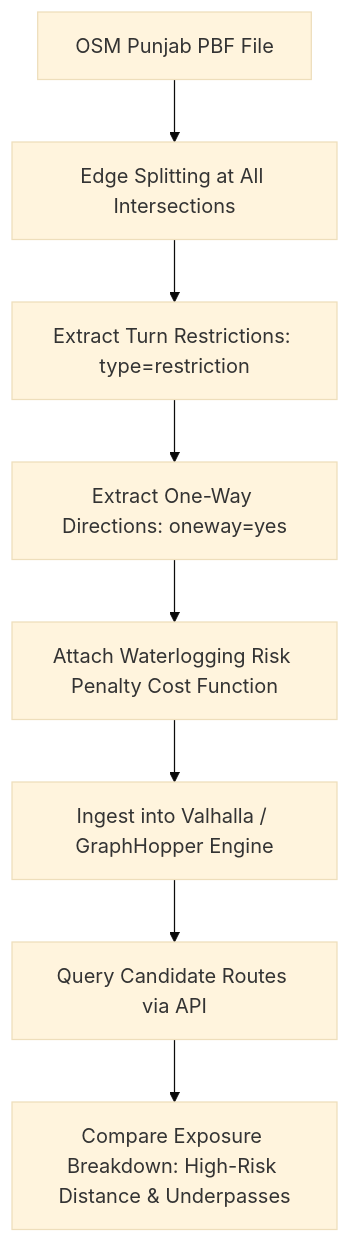
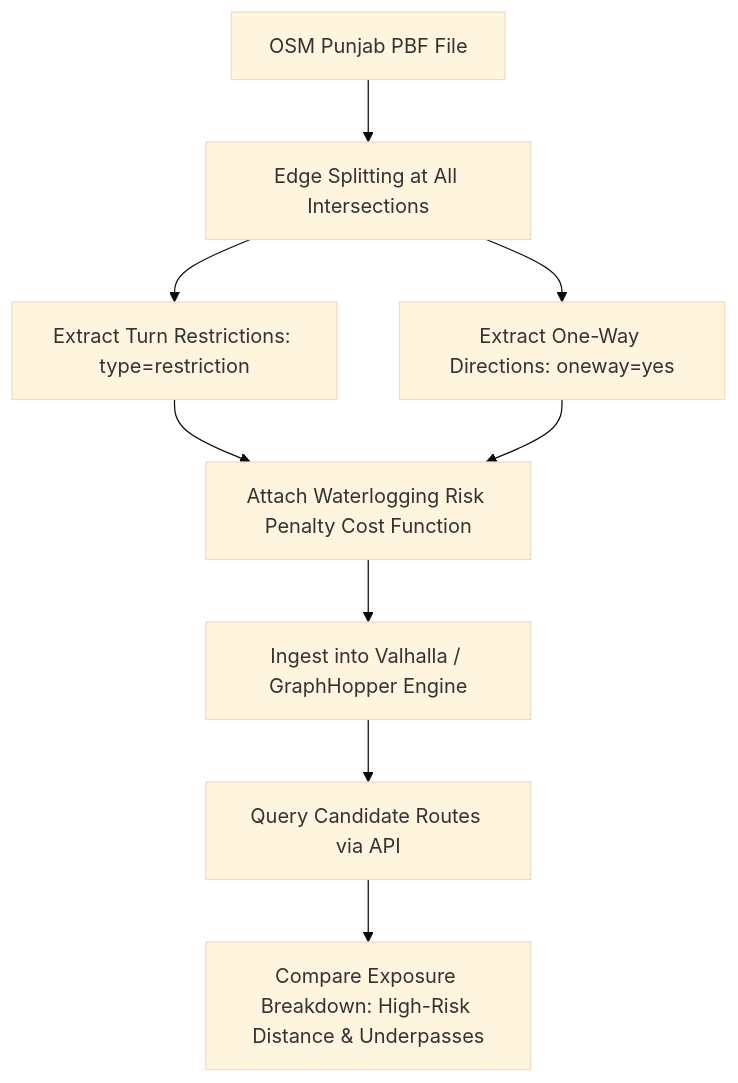
The diagram in docs/ROAD_NETWORK_PREPARATION.md (sakshamgupta005/NEXSTORM), drawn with Mermaid (base theme) before and after one commit. The commit also changed other lines of this file and 24 other files, not shown here.

````diff
--- a/docs/ROAD_NETWORK_PREPARATION.md
+++ b/docs/ROAD_NETWORK_PREPARATION.md
@@ -79,10 +94,11 @@
 ```mermaid
 flowchart TD
     A[OSM Punjab PBF File] --> B[Edge Splitting at All Intersections]
     B --> C[Extract Turn Restrictions: type=restriction]
-    C --> D[Extract One-Way Directions: oneway=yes]
-    D --> E[Attach Waterlogging Risk Penalty Cost Function]
+    B --> D[Extract One-Way Directions: oneway=yes]
+    C --> E[Attach Waterlogging Risk Penalty Cost Function]
+    D --> E
     E --> F[Ingest into Valhalla / GraphHopper Engine]
     F --> G[Query Candidate Routes via API]
     G --> H[Compare Exposure Breakdown: High-Risk Distance & Underpasses]
 ```
````
